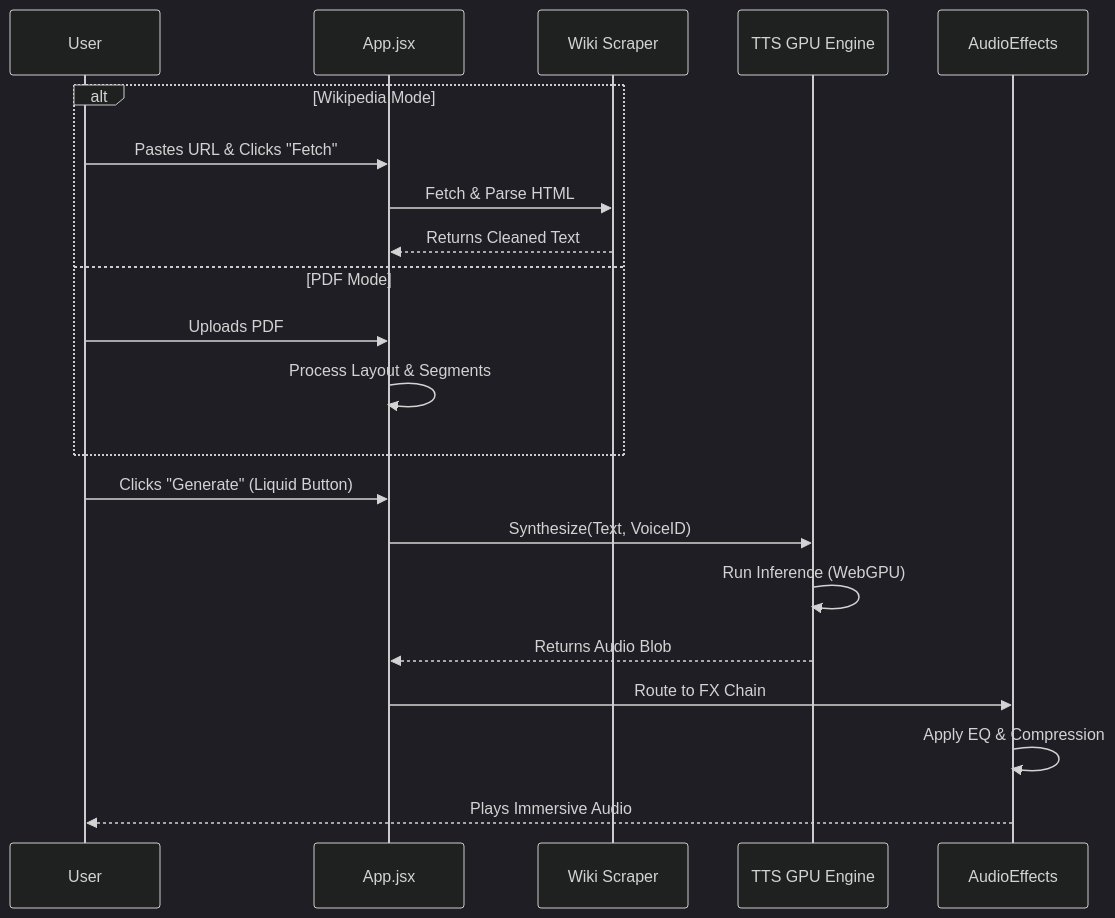
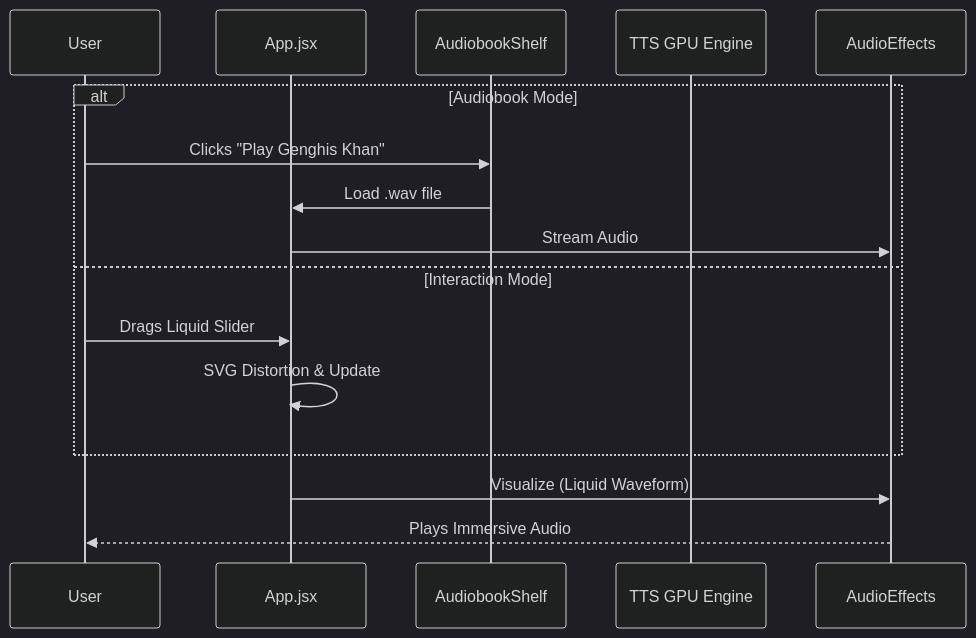
Before and after one commit to teerthsharma/neuralwhisper: the second of 2 diagrams in README.md, drawn with Mermaid (dark theme). The commit also changed other lines of this file and 15 other files, not shown here.

````diff
--- a/README.md
+++ b/README.md
@@ -77,26 +72,20 @@
 ```mermaid
 sequenceDiagram
     participant User
     participant App as App.jsx
-    participant Scraper as Wiki Scraper
+    participant AudioBooks as AudiobookShelf
     participant Engine as TTS GPU Engine
     participant Audio as AudioEffects
 
-    alt Wikipedia Mode
-        User->>App: Pastes URL & Clicks "Fetch"
-        App->>Scraper: Fetch & Parse HTML
-        Scraper-->>App: Returns Cleaned Text
-    else PDF Mode
-        User->>App: Uploads PDF
-        App->>App: Process Layout & Segments
+    alt Audiobook Mode
+        User->>AudioBooks: Clicks "Play Genghis Khan"
+        AudioBooks->>App: Load .wav file
+        App->>Audio: Stream Audio
+    else Interaction Mode
+        User->>App: Drags Liquid Slider
+        App->>App: SVG Distortion & Update
     end
     
-    User->>App: Clicks "Generate" (Liquid Button)
-    App->>Engine: Synthesize(Text, VoiceID)
-    Engine->>Engine: Run Inference (WebGPU)
-    Engine-->>App: Returns Audio Blob
-    
-    App->>Audio: Route to FX Chain
-    Audio->>Audio: Apply EQ & Compression
+    App->>Audio: Visualize (Liquid Waveform)
     Audio-->>User: Plays Immersive Audio
 ```
````
